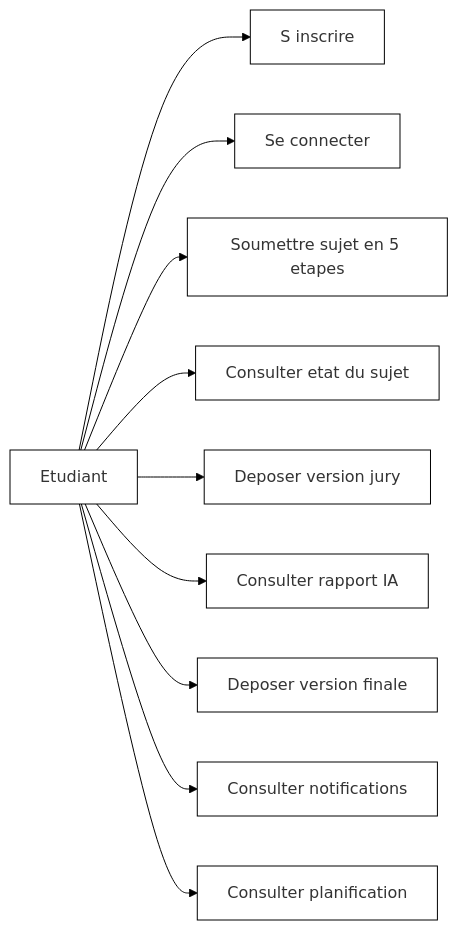
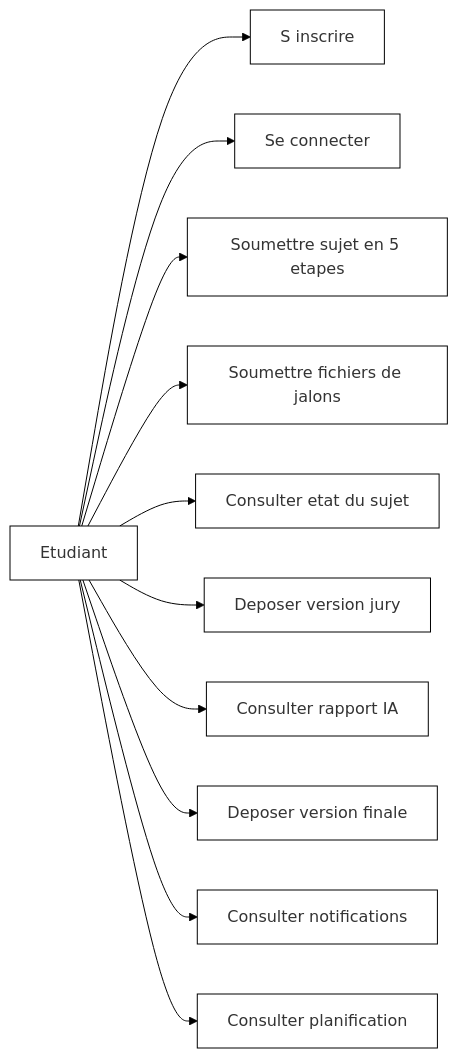
Before and after one commit to DavidMwangaza/TFC-Manager: the second of 13 diagrams in DIAGRAMMES-PAR-CHAPITRE-NB.md, drawn with Mermaid. The commit also changed other lines of this file and 42 other files, not shown here.

````diff
--- a/DIAGRAMMES-PAR-CHAPITRE-NB.md
+++ b/DIAGRAMMES-PAR-CHAPITRE-NB.md
@@ -52,24 +55,26 @@
 ```mermaid
 %%{init: {'theme':'base','themeVariables': {'background':'#ffffff','primaryColor':'#ffffff','primaryBorderColor':'#000000','lineColor':'#000000','textColor':'#000000'}}}%%
 graph LR
     A[Etudiant]
     U1[S inscrire]
     U2[Se connecter]
     U3[Soumettre sujet en 5 etapes]
+    U3b[Soumettre fichiers de jalons]
     U4[Consulter etat du sujet]
     U5[Deposer version jury]
     U6[Consulter rapport IA]
     U7[Deposer version finale]
     U8[Consulter notifications]
     U9[Consulter planification]
 
     A --> U1
     A --> U2
     A --> U3
+    A --> U3b
     A --> U4
     A --> U5
     A --> U6
     A --> U7
     A --> U8
     A --> U9
 ```
````
